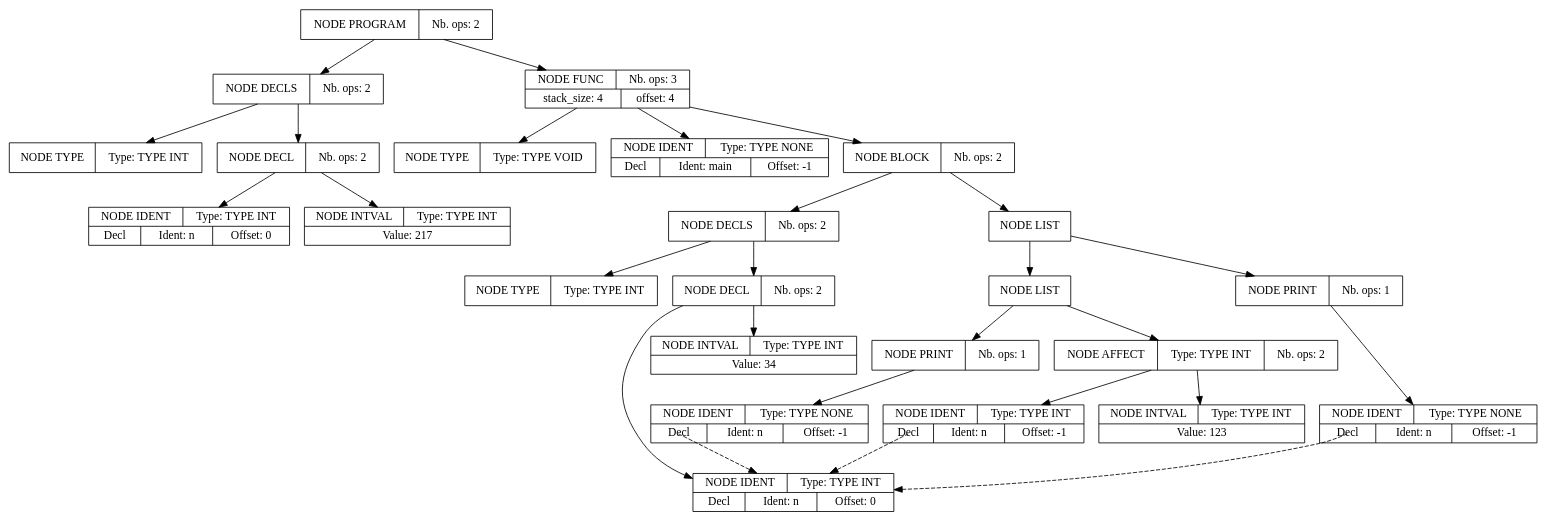
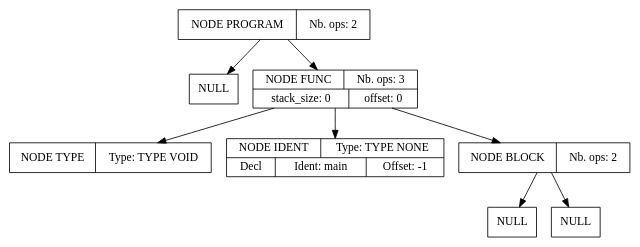
One commit to Serial-DeV/Compilation changed the diagram in projet_compilation_src/tools/apres_passe_1.dot. Above: the diagram before and after it, drawn with Graphviz. The commit also changed 17 other files, not shown here.

```diff
--- a/projet_compilation_src/tools/apres_passe_1.dot
+++ b/projet_compilation_src/tools/apres_passe_1.dot
@@ -1,78 +1,24 @@
 digraph global_vars {
     N1 [shape=record, label="{{NODE PROGRAM|Nb. ops: 2}}"];
-    N2 [shape=record, label="{{NODE DECLS|Nb. ops: 2}}"];
-    N3 [shape=record, label="{{NODE TYPE|Type: TYPE INT}}"];
-    edge[tailclip=true];
-    N2 -> N3
-    N4 [shape=record, label="{{NODE DECL|Nb. ops: 2}}"];
-    N5 [shape=record, label="{{NODE IDENT|Type: TYPE INT}|{<decl>Decl      |Ident: n|Offset: 0}}"];
-    edge[tailclip=true];
-    N4 -> N5
-    N6 [shape=record, label="{{NODE INTVAL|Type: TYPE INT}|{Value: 217}}"];
-    edge[tailclip=true];
-    N4 -> N6
-    edge[tailclip=true];
-    N2 -> N4
+    N2 [shape=record, label="{{NULL}}"];
     edge[tailclip=true];
     N1 -> N2
-    N7 [shape=record, label="{{NODE FUNC|Nb. ops: 3}|{stack_size: 4|offset: 4}}"];
-    N8 [shape=record, label="{{NODE TYPE|Type: TYPE VOID}}"];
+    N3 [shape=record, label="{{NODE FUNC|Nb. ops: 3}|{stack_size: 0|offset: 0}}"];
+    N4 [shape=record, label="{{NODE TYPE|Type: TYPE VOID}}"];
     edge[tailclip=true];
-    N7 -> N8
-    N9 [shape=record, label="{{NODE IDENT|Type: TYPE NONE}|{<decl>Decl      |Ident: main|Offset: -1}}"];
+    N3 -> N4
+    N5 [shape=record, label="{{NODE IDENT|Type: TYPE NONE}|{<decl>Decl      |Ident: main|Offset: -1}}"];
     edge[tailclip=true];
-    N7 -> N9
-    N10 [shape=record, label="{{NODE BLOCK|Nb. ops: 2}}"];
-    N11 [shape=record, label="{{NODE DECLS|Nb. ops: 2}}"];
-    N12 [shape=record, label="{{NODE TYPE|Type: TYPE INT}}"];
+    N3 -> N5
+    N6 [shape=record, label="{{NODE BLOCK|Nb. ops: 2}}"];
+    N7 [shape=record, label="{{NULL}}"];
     edge[tailclip=true];
-    N11 -> N12
-    N13 [shape=record, label="{{NODE DECL|Nb. ops: 2}}"];
-    N14 [shape=record, label="{{NODE IDENT|Type: TYPE INT}|{<decl>Decl      |Ident: n|Offset: 0}}"];
+    N6 -> N7
+    N8 [shape=record, label="{{NULL}}"];
     edge[tailclip=true];
-    N13 -> N14
-    N15 [shape=record, label="{{NODE INTVAL|Type: TYPE INT}|{Value: 34}}"];
+    N6 -> N8
     edge[tailclip=true];
-    N13 -> N15
+    N3 -> N6
     edge[tailclip=true];
-    N11 -> N13
-    edge[tailclip=true];
-    N10 -> N11
-    N16 [shape=record, label="{{NODE LIST}}"];
-    N17 [shape=record, label="{{NODE LIST}}"];
-    N18 [shape=record, label="{{NODE PRINT|Nb. ops: 1}}"];
-    N19 [shape=record, label="{{NODE IDENT|Type: TYPE NONE}|{<decl>Decl      |Ident: n|Offset: -1}}"];
-    edge[tailclip=false];
-    "N19":decl:c -> "N14" [style=dashed]
-    edge[tailclip=true];
-    N18 -> N19
-    edge[tailclip=true];
-    N17 -> N18
-    N20 [shape=record, label="{{NODE AFFECT|Type: TYPE INT|Nb. ops: 2}}"];
-    N21 [shape=record, label="{{NODE IDENT|Type: TYPE INT}|{<decl>Decl      |Ident: n|Offset: -1}}"];
-    edge[tailclip=false];
-    "N21":decl:c -> "N14" [style=dashed]
-    edge[tailclip=true];
-    N20 -> N21
-    N22 [shape=record, label="{{NODE INTVAL|Type: TYPE INT}|{Value: 123}}"];
-    edge[tailclip=true];
-    N20 -> N22
-    edge[tailclip=true];
-    N17 -> N20
-    edge[tailclip=true];
-    N16 -> N17
-    N23 [shape=record, label="{{NODE PRINT|Nb. ops: 1}}"];
-    N24 [shape=record, label="{{NODE IDENT|Type: TYPE NONE}|{<decl>Decl      |Ident: n|Offset: -1}}"];
-    edge[tailclip=false];
-    "N24":decl:c -> "N14" [style=dashed]
-    edge[tailclip=true];
-    N23 -> N24
-    edge[tailclip=true];
-    N16 -> N23
-    edge[tailclip=true];
-    N10 -> N16
-    edge[tailclip=true];
-    N7 -> N10
-    edge[tailclip=true];
-    N1 -> N7
+    N1 -> N3
 }
```
